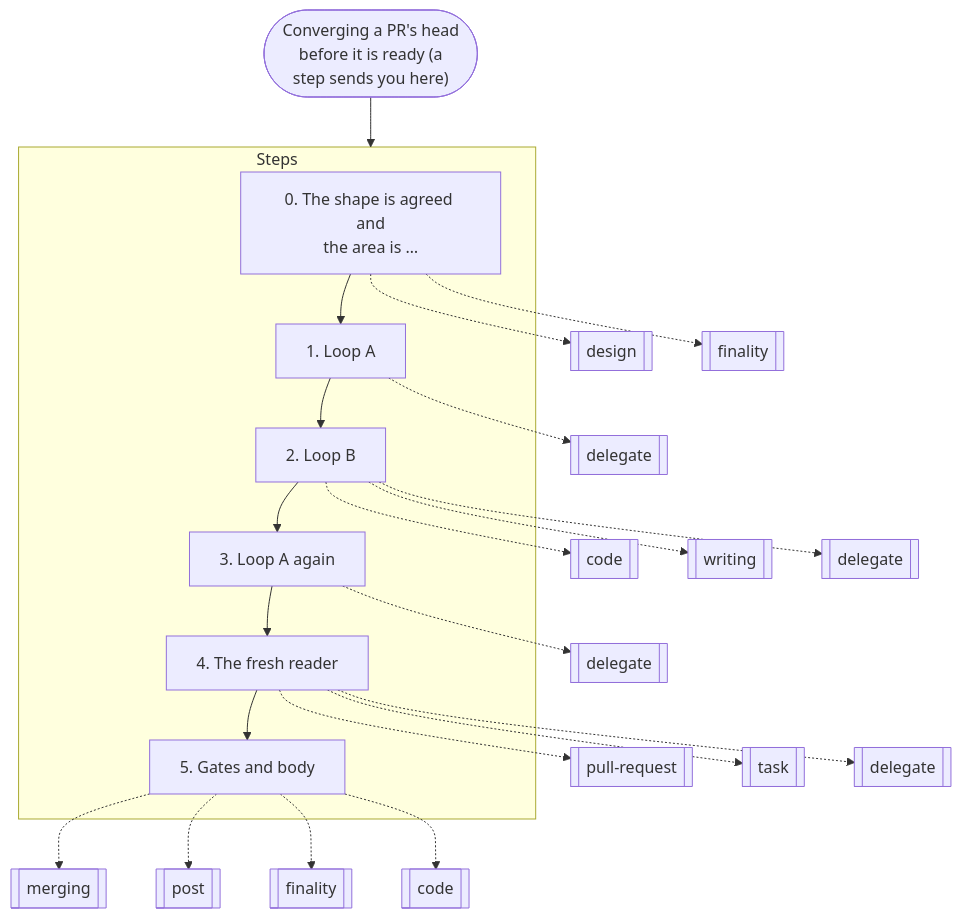
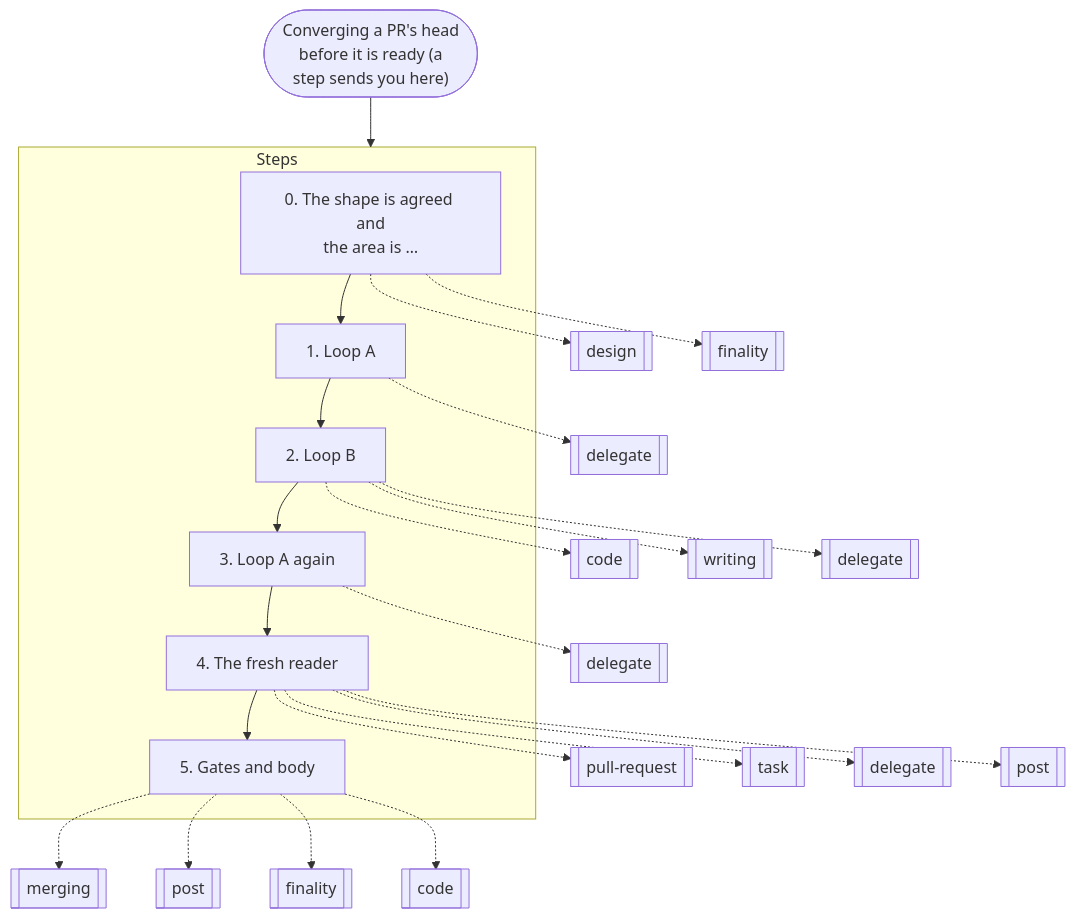
Before and after one commit to nitedani-agent/mergeworthy: diagram 11 of 19 in docs/graphs.md, drawn with Mermaid. The commit also changed other lines of this file and 24 other files, not shown here.

````diff
--- a/docs/graphs.md
+++ b/docs/graphs.md
@@ -284,32 +287,33 @@
 ```mermaid
 flowchart TB
   start(["Converging a PR's head<br/>before it is ready (a<br/>step sends you here)"])
   subgraph g0["Steps"]
     s0["0. The shape is agreed and<br/>the area is …"]
     s1["1. Loop A"]
     s0 --> s1
     s2["2. Loop B"]
     s1 --> s2
     s3["3. Loop A again"]
     s2 --> s3
     s4["4. The fresh reader"]
     s3 --> s4
     s5["5. Gates and body"]
     s4 --> s5
   end
   s0 -.-> r1[["design"]]
   s0 -.-> r2[["finality"]]
   s1 -.-> r3[["delegate"]]
   s2 -.-> r4[["code"]]
   s2 -.-> r5[["writing"]]
   s2 -.-> r6[["delegate"]]
   s3 -.-> r7[["delegate"]]
   s4 -.-> r8[["pull-request"]]
   s4 -.-> r9[["task"]]
   s4 -.-> r10[["delegate"]]
-  s5 -.-> r11[["merging"]]
-  s5 -.-> r12[["post"]]
-  s5 -.-> r13[["finality"]]
-  s5 -.-> r14[["code"]]
+  s4 -.-> r11[["post"]]
+  s5 -.-> r12[["merging"]]
+  s5 -.-> r13[["post"]]
+  s5 -.-> r14[["finality"]]
+  s5 -.-> r15[["code"]]
   start --> g0
 ```
````
